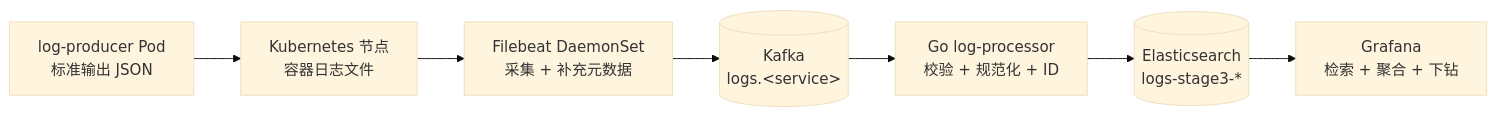
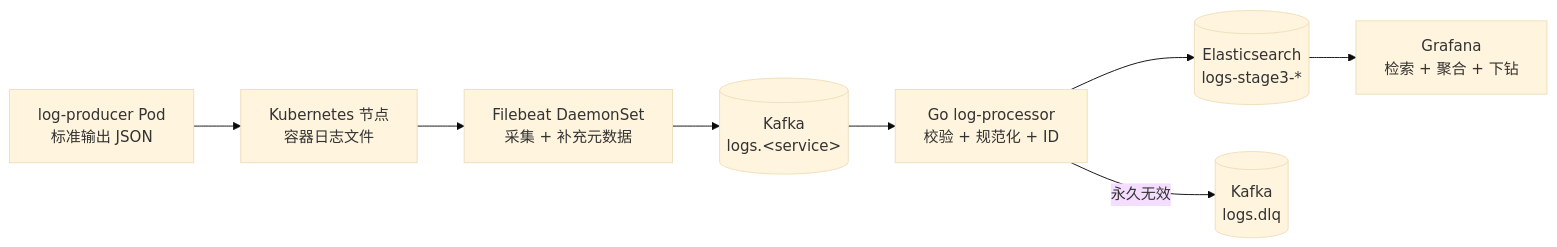
Before and after one commit to Donking-36/distributed-log-platform: the diagram in docs/architecture.md, drawn with Mermaid (base theme). The commit also changed other lines of this file and 11 other files, not shown here.

````diff
--- a/docs/architecture.md
+++ b/docs/architecture.md
@@ -25,12 +25,15 @@
 ```mermaid
 flowchart LR
     A["log-producer Pod<br/>标准输出 JSON"]
     N["Kubernetes 节点<br/>容器日志文件"]
     F["Filebeat DaemonSet<br/>采集 + 补充元数据"]
     K[("Kafka<br/>logs.&lt;service&gt;")]
     P["Go log-processor<br/>校验 + 规范化 + ID"]
     E[("Elasticsearch<br/>logs-stage3-*")]
+    D[("Kafka<br/>logs.dlq")]
     G["Grafana<br/>检索 + 聚合 + 下钻"]
 
-    A --> N --> F --> K --> P --> E --> G
+    A --> N --> F --> K --> P
+    P --> E --> G
+    P -->|"永久无效"| D
 ```
````
